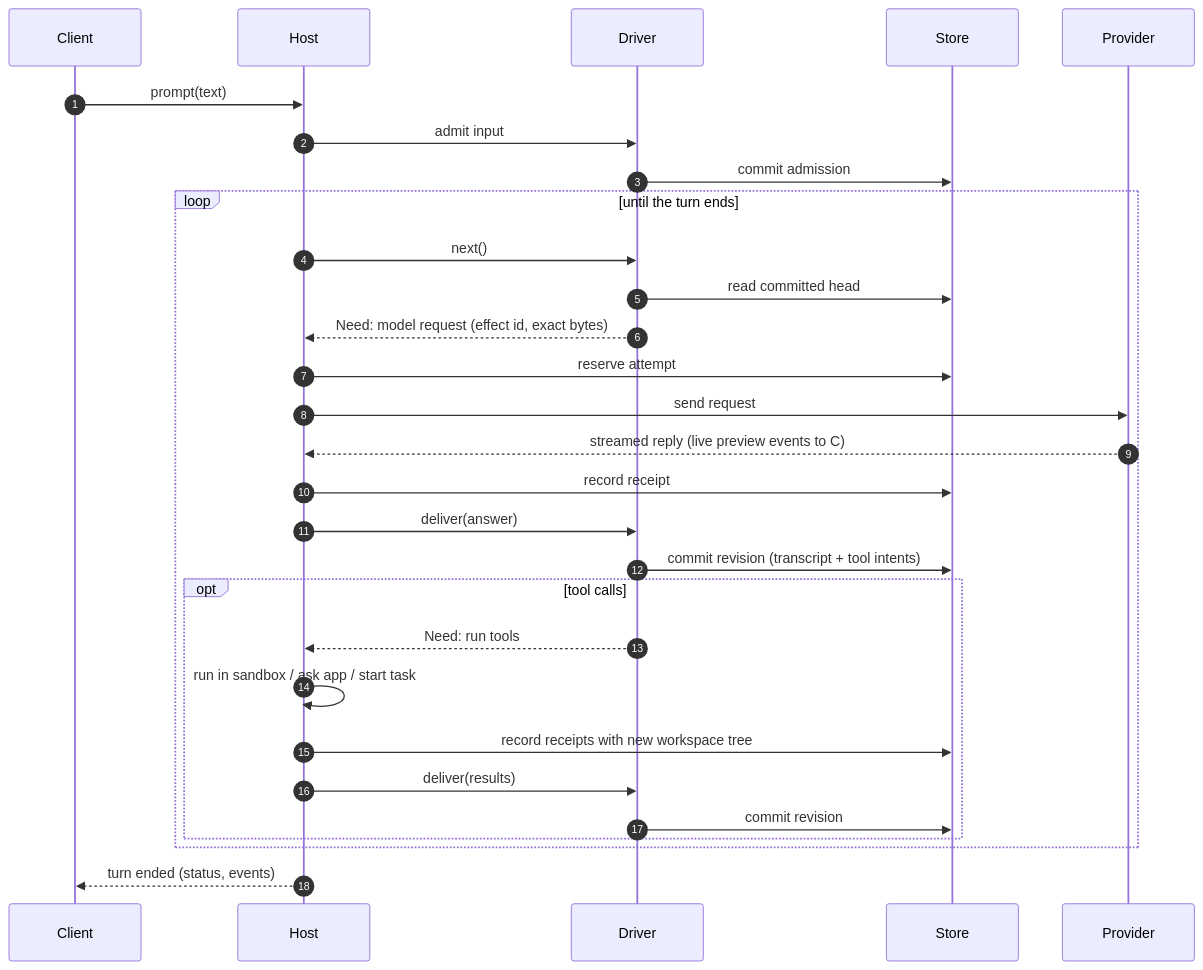
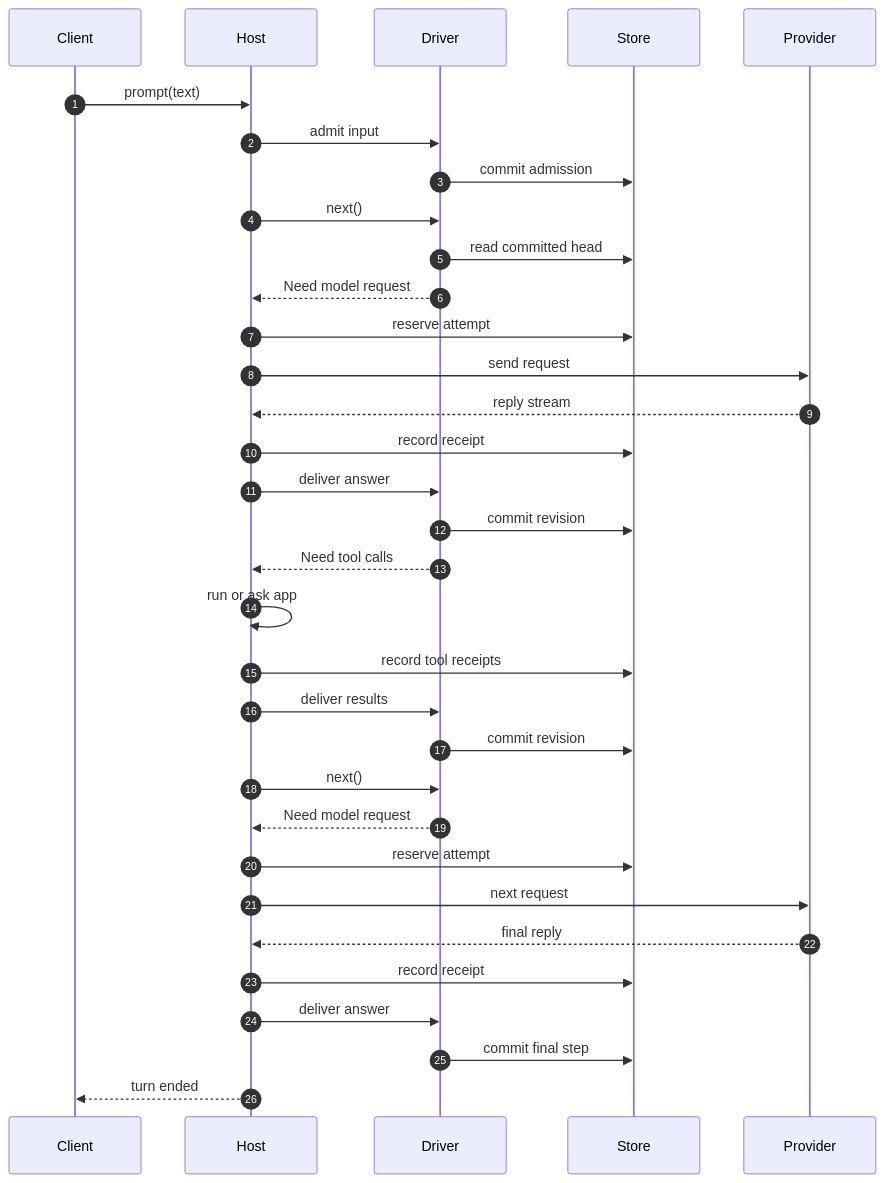
The fourth of 6 diagrams in docs/architecture.md (SiliconState/Spindle), drawn with Mermaid before and after one commit. The commit also changed other lines of this file and 128 other files, not shown here.

````diff
--- a/docs/architecture.md
+++ b/docs/architecture.md
@@ -160,32 +160,36 @@
 ```mermaid
 sequenceDiagram
     autonumber
     participant C as Client
     participant H as Host
     participant D as Driver
     participant S as Store
     participant P as Provider
 
     C->>H: prompt(text)
     H->>D: admit input
     D->>S: commit admission
-    loop until the turn ends
-        H->>D: next()
-        D->>S: read committed head
-        D-->>H: Need: model request (effect id, exact bytes)
-        H->>S: reserve attempt
-        H->>P: send request
-        P-->>H: streamed reply (live preview events to C)
-        H->>S: record receipt
-        H->>D: deliver(answer)
-        D->>S: commit revision (transcript + tool intents)
-        opt tool calls
-            D-->>H: Need: run tools
-            H->>H: run in sandbox / ask app / start task
-            H->>S: record receipts with new workspace tree
-            H->>D: deliver(results)
-            D->>S: commit revision
-        end
-    end
-    H-->>C: turn ended (status, events)
+    H->>D: next()
+    D->>S: read committed head
+    D-->>H: Need model request
+    H->>S: reserve attempt
+    H->>P: send request
+    P-->>H: reply stream
+    H->>S: record receipt
+    H->>D: deliver answer
+    D->>S: commit revision
+    D-->>H: Need tool calls
+    H->>H: run or ask app
+    H->>S: record tool receipts
+    H->>D: deliver results
+    D->>S: commit revision
+    H->>D: next()
+    D-->>H: Need model request
+    H->>S: reserve attempt
+    H->>P: next request
+    P-->>H: final reply
+    H->>S: record receipt
+    H->>D: deliver answer
+    D->>S: commit final step
+    H-->>C: turn ended
 ```
````
